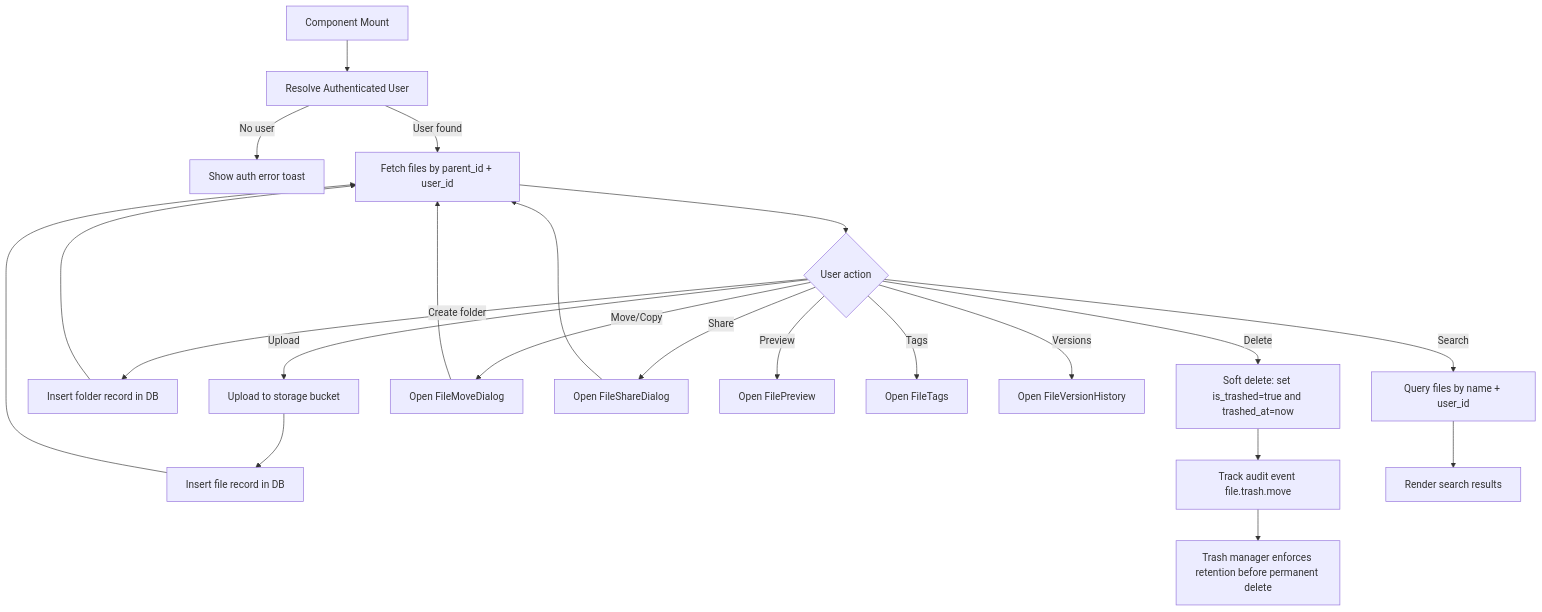
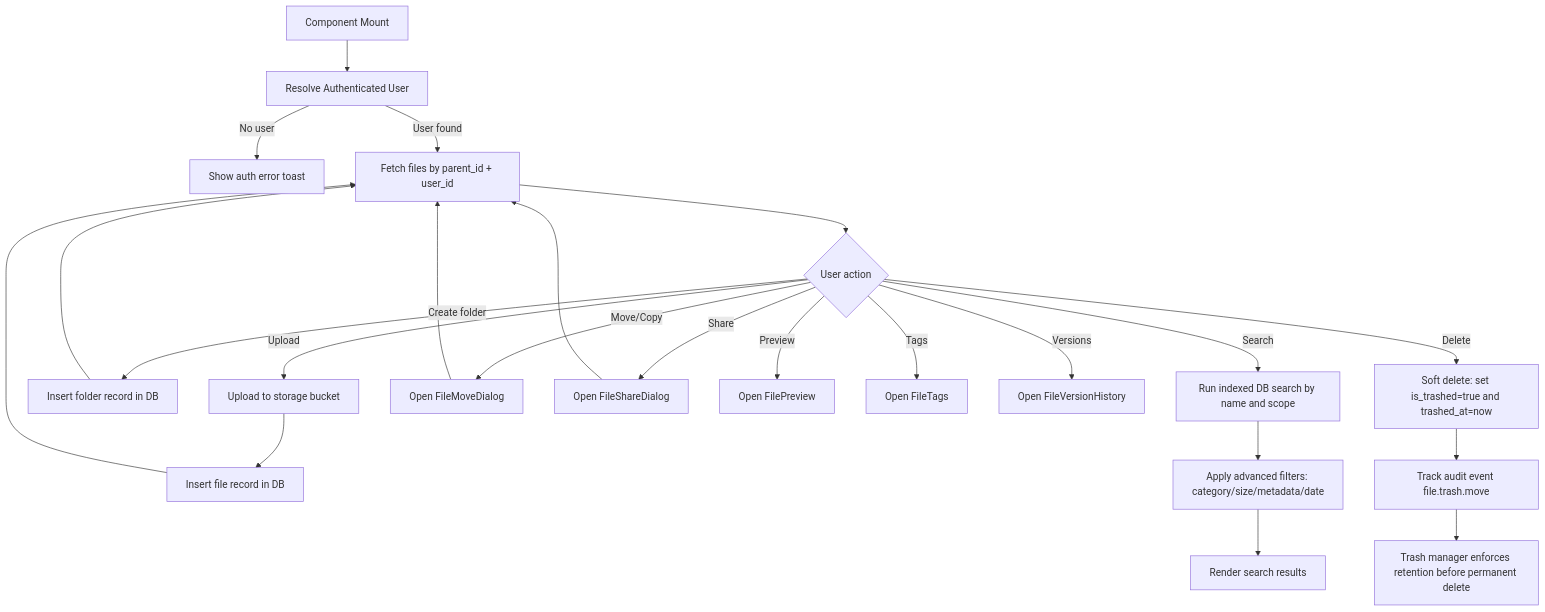
The diagram in app/components/files/README.md (AmanVatsSharma/AiCloudStorage), drawn with Mermaid before and after one commit. The commit also changed other lines of this file and 4 other files, not shown here.

Commit message:
Add advanced file search UI with metadata and range filters

````diff
--- a/app/components/files/README.md
+++ b/app/components/files/README.md
@@ -48,24 +51,25 @@
 ```mermaid
 flowchart TD
   A[Component Mount] --> B[Resolve Authenticated User]
   B -->|No user| C[Show auth error toast]
   B -->|User found| D[Fetch files by parent_id + user_id]
   D --> E{User action}
   E -->|Upload| F[Upload to storage bucket]
   F --> G[Insert file record in DB]
   E -->|Create folder| H[Insert folder record in DB]
-  E -->|Search| I[Query files by name + user_id]
+  E -->|Search| I[Run indexed DB search by name and scope]
+  I --> I2[Apply advanced filters: category/size/metadata/date]
   E -->|Move/Copy| J[Open FileMoveDialog]
   E -->|Share| K[Open FileShareDialog]
   E -->|Preview| L[Open FilePreview]
   E -->|Tags| M[Open FileTags]
   E -->|Versions| N[Open FileVersionHistory]
   E -->|Delete| T[Soft delete: set is_trashed=true and trashed_at=now]
   T --> U[Track audit event file.trash.move]
   U --> V[Trash manager enforces retention before permanent delete]
   G --> D
   H --> D
-  I --> O[Render search results]
+  I2 --> O[Render search results]
   J --> D
   K --> D
 ```
````
